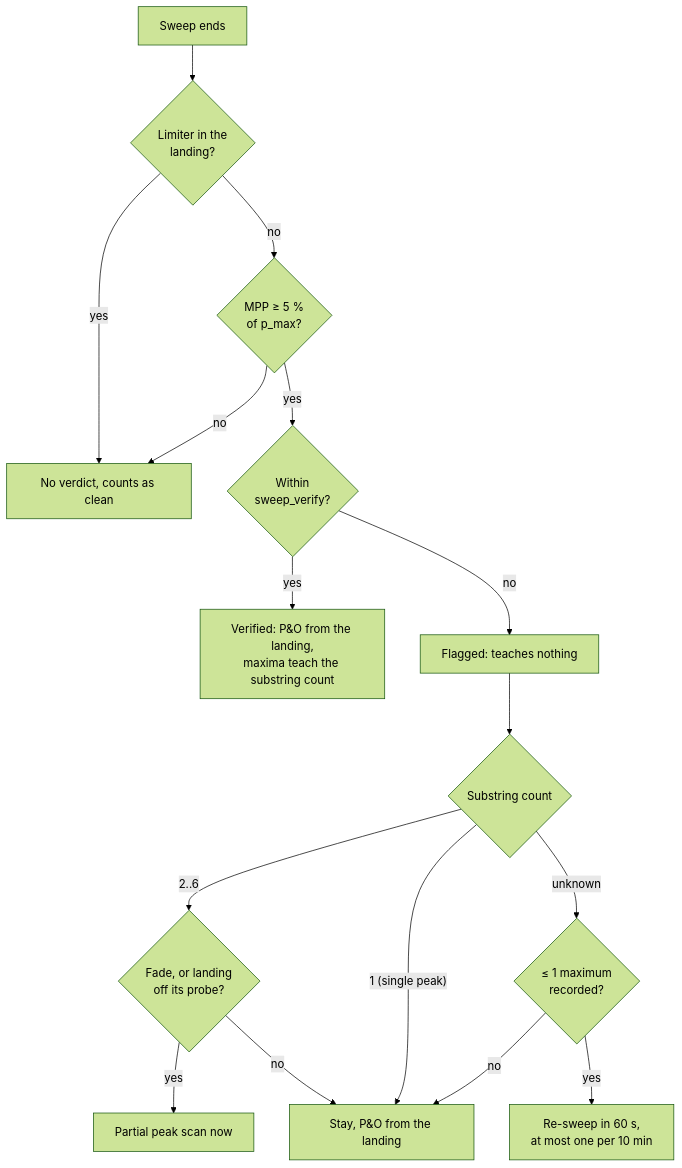
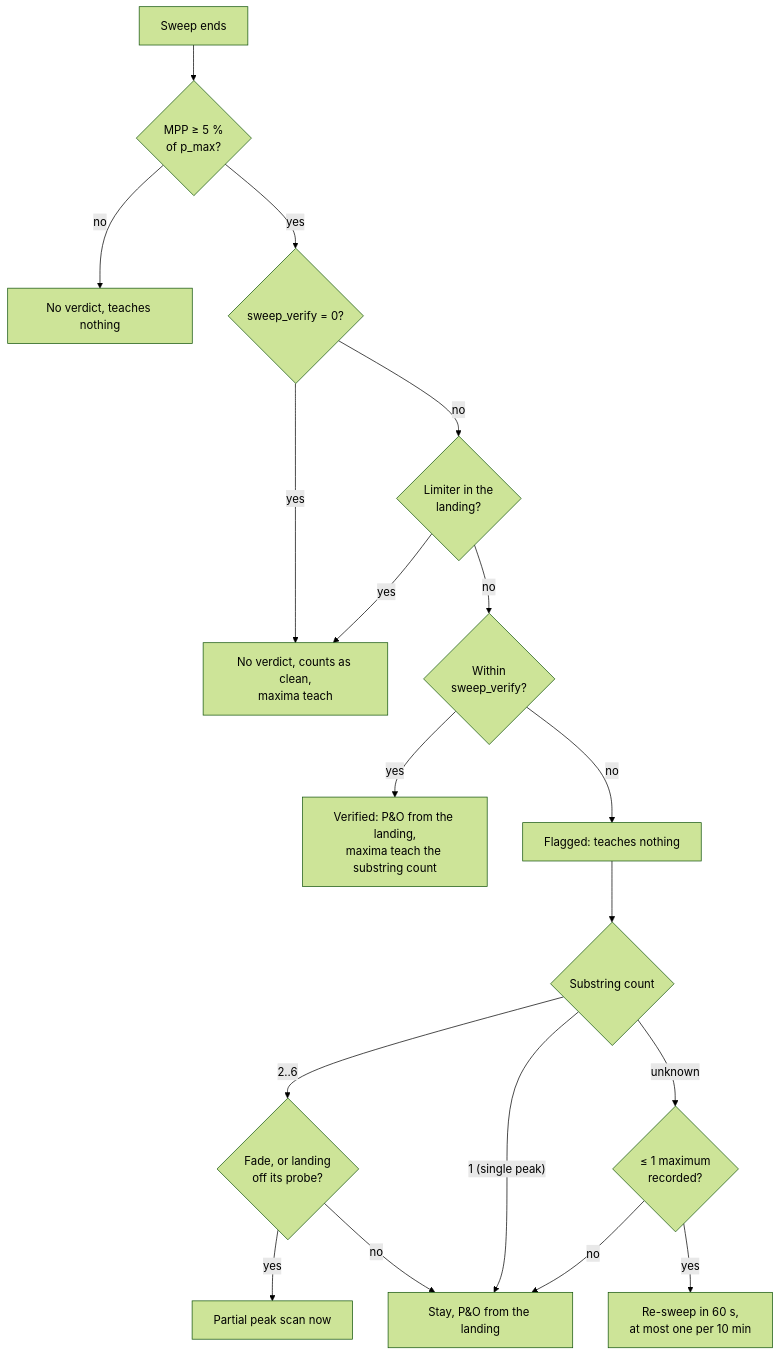
The second of 2 diagrams in website/docs/internals/mppt-tracker.md (fl4p/fugu-mppt-firmware), drawn with Mermaid (forest theme) before and after one commit. The commit also changed other lines of this file and 6 other files, not shown here.

````diff
--- a/website/docs/internals/mppt-tracker.md
+++ b/website/docs/internals/mppt-tracker.md
@@ -206,18 +208,20 @@
 ```mermaid
 flowchart TD
-    S["Sweep ends"] --> L{"Limiter in the<br/>landing?"}
-    L -- yes --> NV["No verdict, counts as clean"]
-    L -- no --> B{"MPP ≥ 5 %<br/>of p_max?"}
-    B -- no --> NV
-    B -- yes --> D{"Within<br/>sweep_verify?"}
+    S["Sweep ends"] --> B{"MPP ≥ 5 %<br/>of p_max?"}
+    B -- no --> DIM["No verdict, teaches nothing"]
+    B -- yes --> Z{"sweep_verify = 0?"}
+    Z -- yes --> NV["No verdict, counts as clean,<br/>maxima teach"]
+    Z -- no --> L{"Limiter in the<br/>landing?"}
+    L -- yes --> NV
+    L -- no --> D{"Within<br/>sweep_verify?"}
     D -- yes --> V["Verified: P&O from the landing,<br/>maxima teach the substring count"]
     D -- no --> F["Flagged: teaches nothing"]
     F --> N{"Substring count"}
     N -- "2..6" --> H{"Fade, or landing<br/>off its probe?"}
     H -- yes --> SC["Partial peak scan now"]
     H -- no --> P["Stay, P&O from the landing"]
     N -- "1 (single peak)" --> P
     N -- unknown --> M{"≤ 1 maximum<br/>recorded?"}
     M -- yes --> RS["Re-sweep in 60 s,<br/>at most one per 10 min"]
     M -- no --> P
 ```
````
